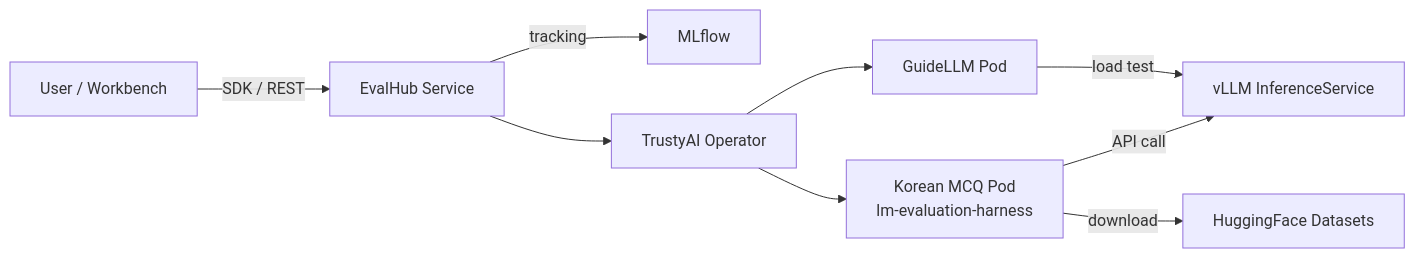
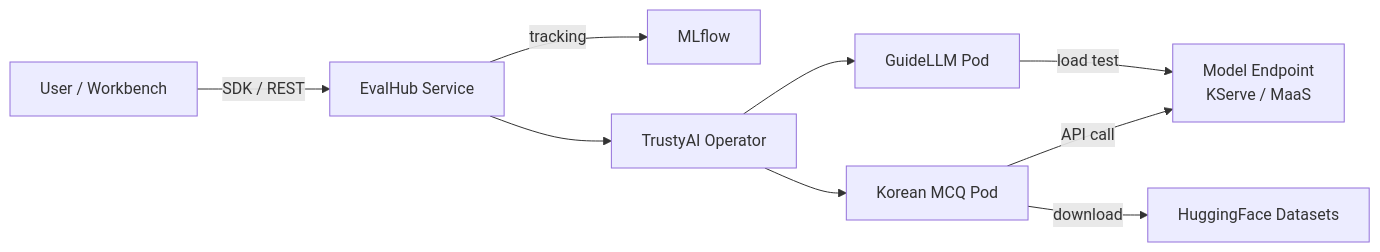
One commit to hyogrin/rhoai-evalhub-lab changed the diagram in README.md. Above: the diagram before and after it, drawn with Mermaid. The commit also changed other lines of this file and 36 other files, not shown here.

````diff
--- a/README.md
+++ b/README.md
@@ -7,11 +7,11 @@
 ```mermaid
 flowchart LR
     User[User / Workbench] -->|SDK / REST| EvalHub[EvalHub Service]
     EvalHub -->|tracking| MLflow[MLflow]
     EvalHub --> Operator[TrustyAI Operator]
     Operator --> GuideLLM[GuideLLM Pod]
-    Operator --> MCQ[Korean MCQ Pod<br/>lm-evaluation-harness]
-    GuideLLM -->|load test| vLLM[vLLM InferenceService]
-    MCQ -->|API call| vLLM
+    Operator --> MCQ[Korean MCQ Pod]
+    GuideLLM -->|load test| Model[Model Endpoint<br/>KServe / MaaS]
+    MCQ -->|API call| Model
     MCQ -->|download| HF[HuggingFace Datasets]
 ```
````
